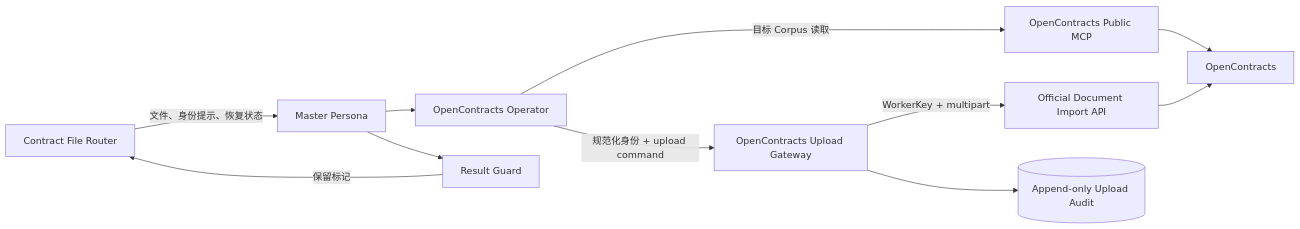
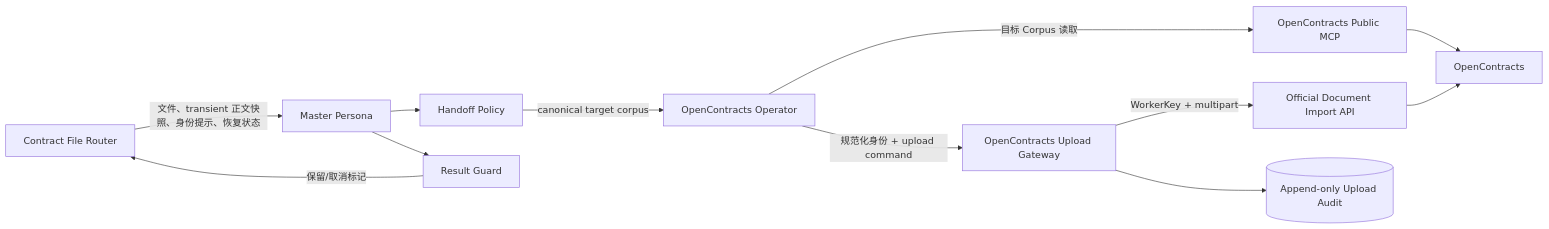
The first of 3 diagrams in docs/architecture/opencontracts-integration.md (Ri0n72Y/ContractBotConfig), drawn with Mermaid before and after one commit. The commit also changed other lines of this file and 52 other files, not shown here.

````diff
--- a/docs/architecture/opencontracts-integration.md
+++ b/docs/architecture/opencontracts-integration.md
@@ -7,23 +7,25 @@
 ```mermaid
 flowchart LR
     Router[Contract File Router]
     Master[Master Persona]
+    Handoff[Handoff Policy]
     Operator[OpenContracts Operator]
     MCP[OpenContracts Public MCP]
     Gateway[OpenContracts Upload Gateway]
     ImportAPI[Official Document Import API]
     OC[OpenContracts]
     Guard[Result Guard]
     Receipt[(Append-only Upload Audit)]
 
-    Router -->|文件、身份提示、恢复状态| Master
-    Master --> Operator
+    Router -->|文件、transient 正文快照、身份提示、恢复状态| Master
+    Master --> Handoff
+    Handoff -->|canonical target corpus| Operator
     Operator -->|目标 Corpus 读取| MCP
     MCP --> OC
     Operator -->|规范化身份 + upload command| Gateway
     Gateway -->|WorkerKey + multipart| ImportAPI
     ImportAPI --> OC
     Gateway --> Receipt
     Master --> Guard
-    Guard -->|保留标记| Router
+    Guard -->|保留/取消标记| Router
 ```
````
